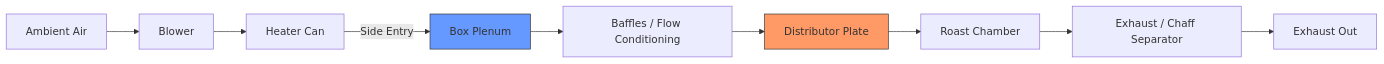
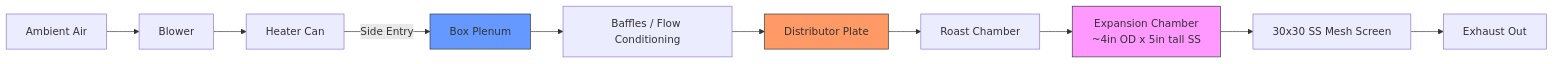
One commit to tom-jordan23/roaster changed the first of 4 diagrams in docs/system/block-diagram.md. Above: the diagram before and after it, drawn with Mermaid. The commit also changed other lines of this file and 6 other files, not shown here.

````diff
--- a/docs/system/block-diagram.md
+++ b/docs/system/block-diagram.md
@@ -16,14 +16,16 @@
 ```mermaid
 flowchart LR
     A[Ambient Air] --> B[Blower]
     B --> C[Heater Can]
     C -->|Side Entry| D[Box Plenum]
     D --> E[Baffles / Flow Conditioning]
     E --> F[Distributor Plate]
     F --> G[Roast Chamber]
-    G --> H[Exhaust / Chaff Separator]
-    H --> I[Exhaust Out]
+    G --> H[Expansion Chamber\n~4in OD x 5in tall SS]
+    H --> J[30x30 SS Mesh Screen]
+    J --> I[Exhaust Out]
 
     style F fill:#f96,stroke:#333
     style D fill:#69f,stroke:#333
+    style H fill:#f9f,stroke:#333
 ```
````
